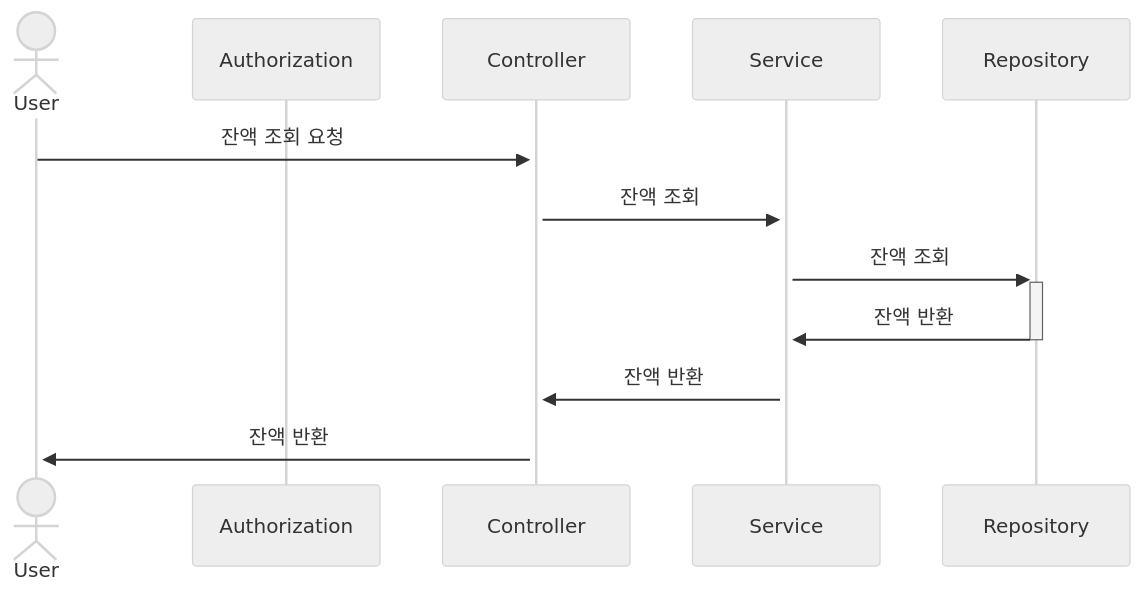
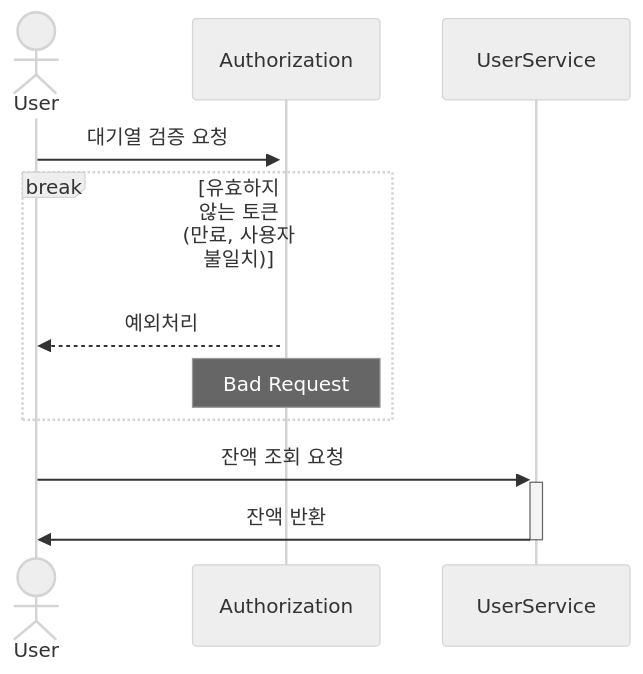
One commit to adiospain/hhplus-concert-reservation-service-java changed the seventh of 10 diagrams in README.md. Above: the diagram before and after it, drawn with Mermaid (neutral theme). The commit also changed other lines of this file and 1 other file, not shown here.

Commit message:
DOCS : README.md 파일 시퀀스다이어그램 수정

````diff
--- a/README.md
+++ b/README.md
@@ -211,14 +173,13 @@
 ```mermaid
 sequenceDiagram
     actor User
     participant Authorization
-    participant Controller
-    participant Service
-    participant Repository
-    User ->>+ Controller: 잔액 조회 요청
-    Controller ->>+ Service: 잔액 조회
-    Service ->>+ Repository: 잔액 조회
-    Repository ->>- Service: 잔액 반환
-	Service ->>+ Controller: 잔액 반환
-	Controller ->>+ User: 잔액 반환
+    participant UserService
+    User ->>+ Authorization: 대기열 검증 요청
+    break 유효하지 않는 토큰 (만료, 사용자 불일치)
+      Authorization -->> User: 예외처리
+      note over Authorization: Bad Request
+    end
+    User ->>+ UserService: 잔액 조회 요청
+    UserService ->>- User: 잔액 반환
 ```
````
